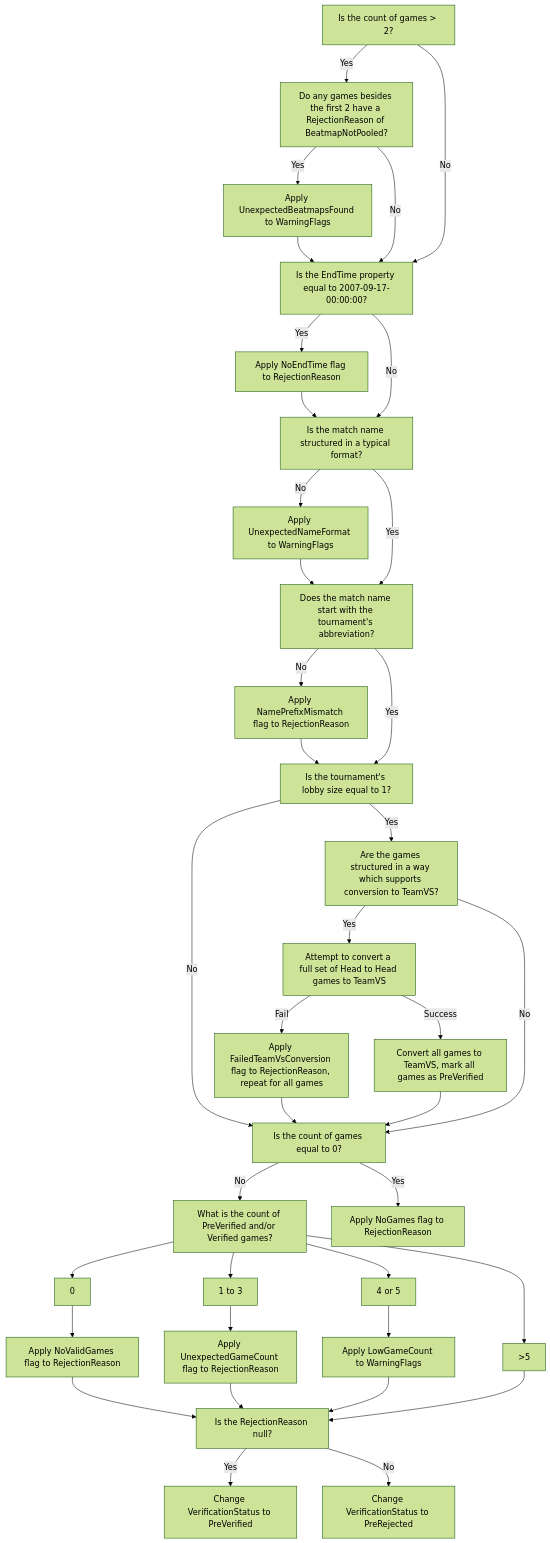
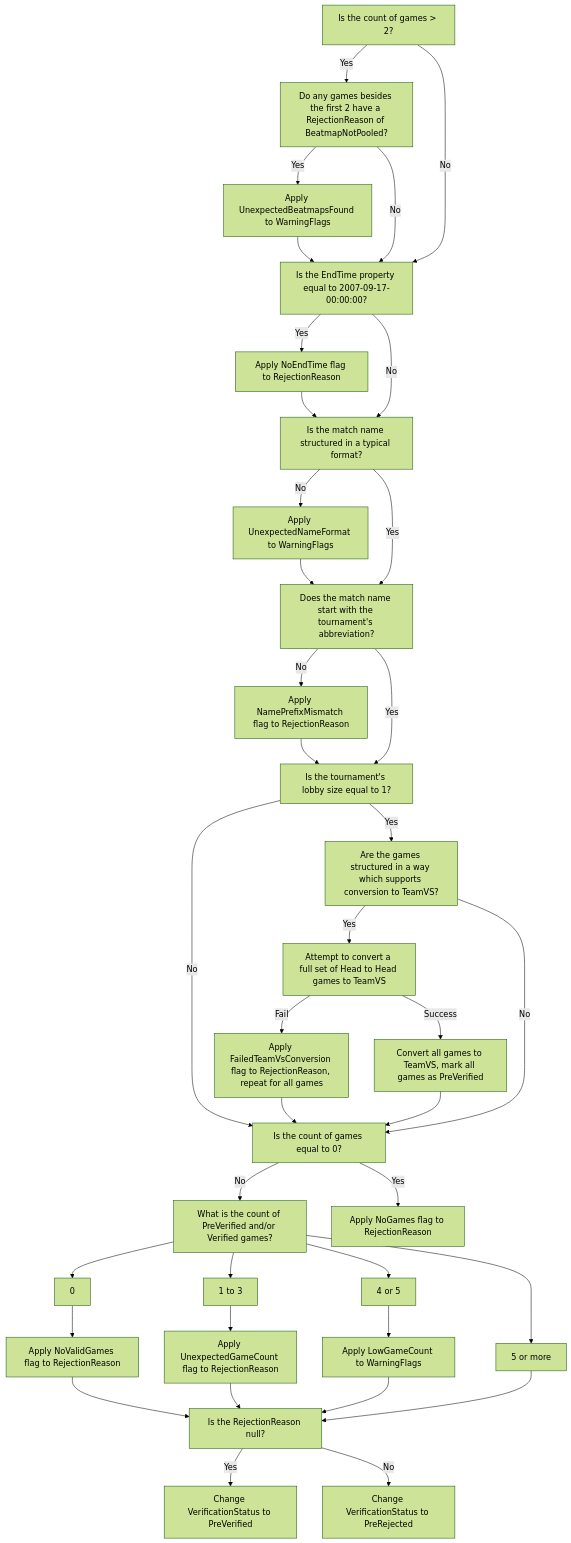
One commit to osu-tournament-rating/otr-docs changed the third of 5 diagrams in docs/topics/Automated-Checks.md. Above: the diagram before and after it, drawn with Mermaid (forest theme). The commit also changed other lines of this file, not shown here.

Commit message:
Fix another more things

````diff
--- a/docs/topics/Automated-Checks.md
+++ b/docs/topics/Automated-Checks.md
@@ -39,62 +39,62 @@
 ```Mermaid
 flowchart TD;
    A[Is the count of games > 2?]
    B[Do any games besides the first 2 have a RejectionReason of BeatmapNotPooled?]
    C[Apply UnexpectedBeatmapsFound to WarningFlags]
    D[Is the EndTime property equal to 2007-09-17-00:00:00?]
    E[Apply NoEndTime flag to RejectionReason]
    H[Is the match name structured in a typical format?]
    I[Apply UnexpectedNameFormat to WarningFlags]
    J[Does the match name start with the tournament's abbreviation?]
    K[Apply NamePrefixMismatch flag to RejectionReason]
    L[Is the tournament's lobby size equal to 1?]
    M[Are the games structured in a way which supports conversion to TeamVS?]
    N[Attempt to convert a full set of Head to Head games to TeamVS]
    O[Apply FailedTeamVsConversion flag to RejectionReason, repeat for all games]
    P[Convert all games to TeamVS, mark all games as PreVerified]
    
    F[Is the count of games equal to 0?]
    G[Apply NoGames flag to RejectionReason]
    Q[What is the count of PreVerified and/or Verified games?]
    Q1[0]
    Q2[1 to 3]
    Q3[4 or 5]
-   Q4[&gt;5]
+   Q4[5 or more]
    Q_A[Apply NoValidGames flag to RejectionReason]
    Q_B[Apply UnexpectedGameCount flag to RejectionReason]
    Q_C[Apply LowGameCount to WarningFlags]
    
    PreTerm[Is the RejectionReason null?]
    TermPositive[Change VerificationStatus to PreVerified]
    TermNegative[Change VerificationStatus to PreRejected]
    
    A -- Yes --> B
    B -- Yes --> C --> D
    A -- No --> D
    B -- No --> D
    D -- Yes --> E --> H
    D -- No --> H
    
    H -- No --> I --> J
    H -- Yes --> J
    J -- No --> K --> L
    J -- Yes --> L
    L -- No --> F
    L -- Yes --> M
    M -- Yes --> N
    M -- No --> F
    N -- Fail --> O --> F
    N -- Success --> P --> F
    F -- No --> Q
    F -- Yes --> G
    Q --> Q1
    Q --> Q2
    Q --> Q3
    Q --> Q4
    Q1 --> Q_A --> PreTerm
    Q2 --> Q_B --> PreTerm
    Q3 --> Q_C --> PreTerm
    Q4 --> PreTerm
    PreTerm -- Yes --> TermPositive
    PreTerm -- No --> TermNegative
 ```
````
